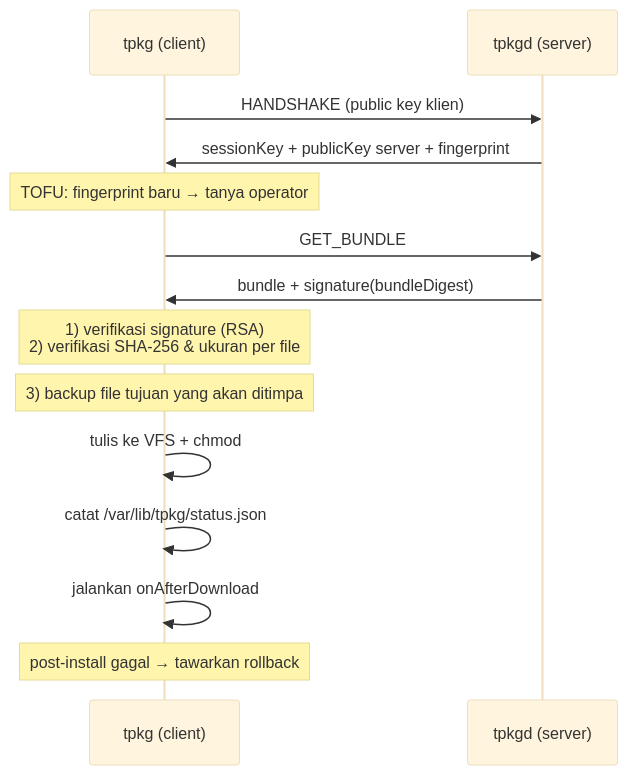
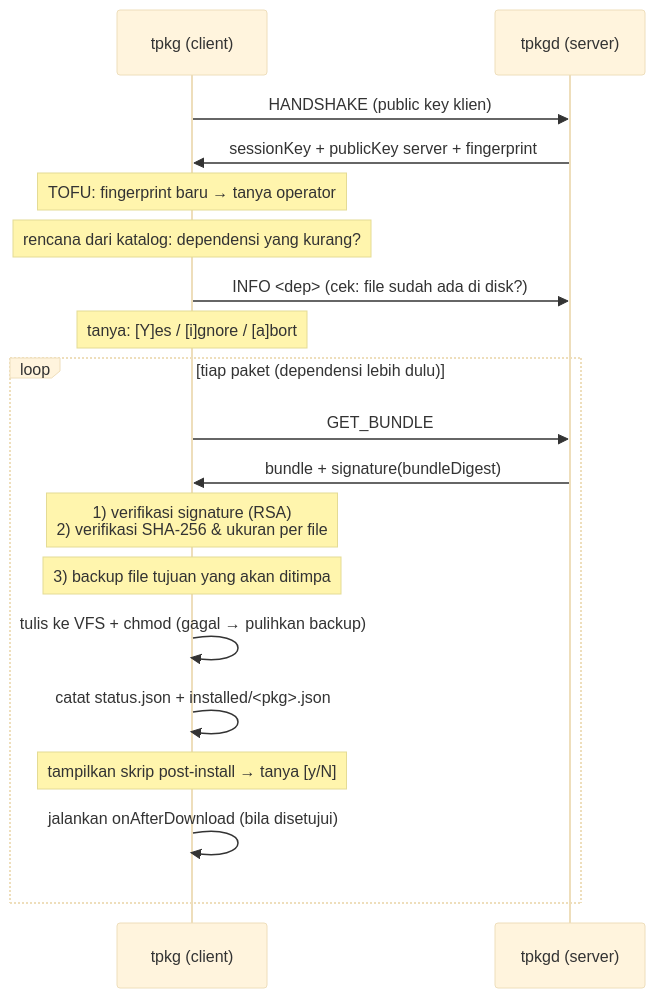
Before and after one commit to codeforged/tsix: the second of 3 diagrams in wiki/Package-Manager-TPKG.md, drawn with Mermaid (base theme). The commit also changed other lines of this file and 11 other files, not shown here.

````diff
--- a/wiki/Package-Manager-TPKG.md
+++ b/wiki/Package-Manager-TPKG.md
@@ -90,16 +107,21 @@
 ```mermaid
 sequenceDiagram
     participant U as tpkg (client)
     participant S as tpkgd (server)
     U->>S: HANDSHAKE (public key klien)
     S->>U: sessionKey + publicKey server + fingerprint
     Note over U: TOFU: fingerprint baru → tanya operator
-    U->>S: GET_BUNDLE
-    S->>U: bundle + signature(bundleDigest)
-    Note over U: 1) verifikasi signature (RSA)<br/>2) verifikasi SHA-256 & ukuran per file
-    Note over U: 3) backup file tujuan yang akan ditimpa
-    U->>U: tulis ke VFS + chmod
-    U->>U: catat /var/lib/tpkg/status.json
-    U->>U: jalankan onAfterDownload
-    Note over U: post-install gagal → tawarkan rollback
+    Note over U: rencana dari katalog: dependensi yang kurang?
+    U->>S: INFO <dep> (cek: file sudah ada di disk?)
+    Note over U: tanya: [Y]es / [i]gnore / [a]bort
+    loop tiap paket (dependensi lebih dulu)
+        U->>S: GET_BUNDLE
+        S->>U: bundle + signature(bundleDigest)
+        Note over U: 1) verifikasi signature (RSA)<br/>2) verifikasi SHA-256 & ukuran per file
+        Note over U: 3) backup file tujuan yang akan ditimpa
+        U->>U: tulis ke VFS + chmod (gagal → pulihkan backup)
+        U->>U: catat status.json + installed/<pkg>.json
+        Note over U: tampilkan skrip post-install → tanya [y/N]
+        U->>U: jalankan onAfterDownload (bila disetujui)
+    end
 ```
````
